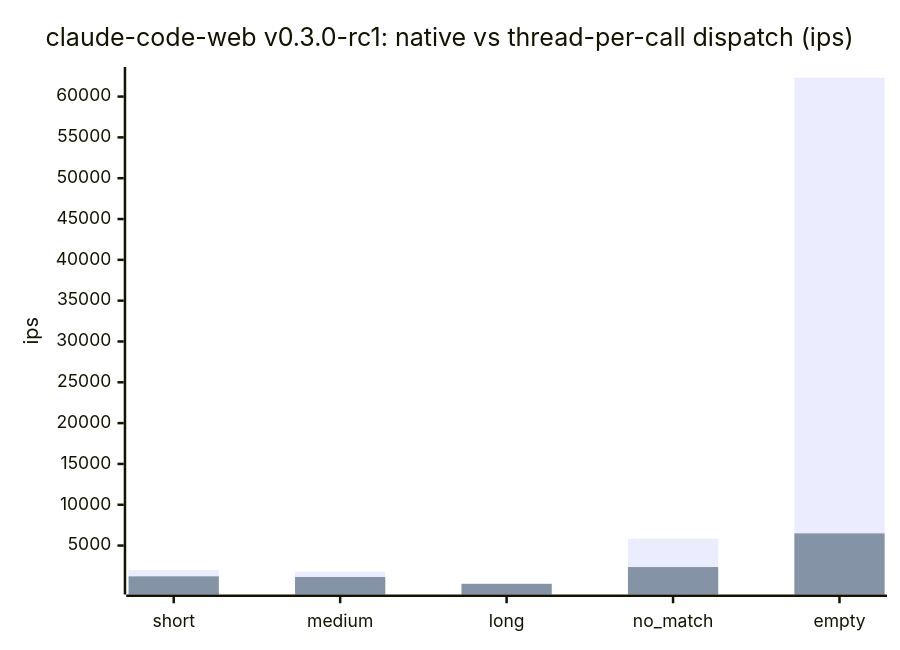
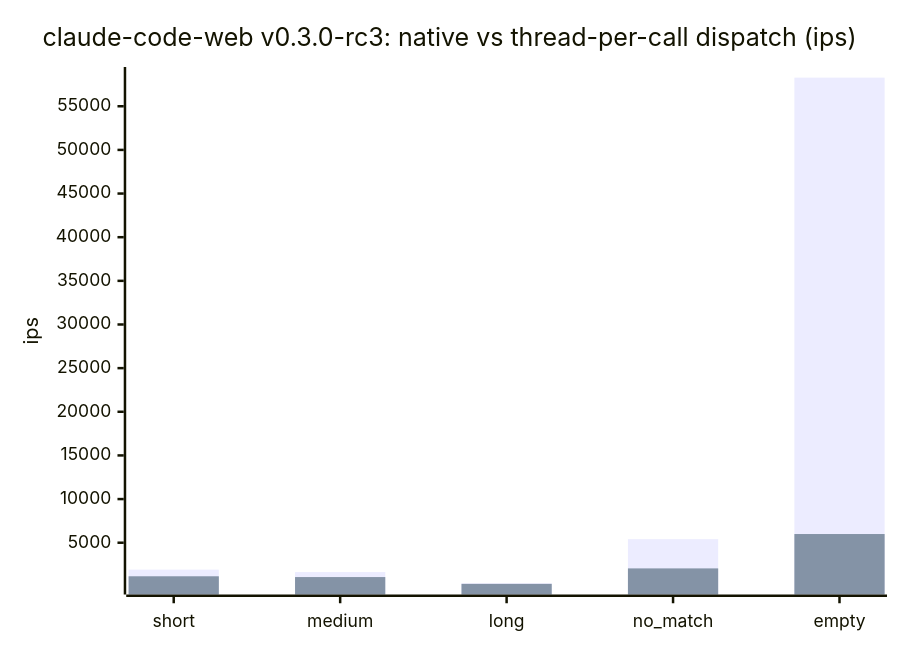
One commit to cpb/duckling changed the second of 7 diagrams in docs/benchmarks/README.md. Above: the diagram before and after it, drawn with Mermaid. The commit also changed other lines of this file and 20 other files, not shown here.

````diff
--- a/docs/benchmarks/README.md
+++ b/docs/benchmarks/README.md
@@ -91,8 +91,8 @@
 ```mermaid
 xychart-beta
-    title "claude-code-web v0.3.0-rc1: native vs thread-per-call dispatch (ips)"
+    title "claude-code-web v0.3.0-rc3: native vs thread-per-call dispatch (ips)"
     x-axis [short, medium, long, no_match, empty]
     y-axis "ips"
-    bar "native" [1997.4, 1791.1, 360.1, 5835.9, 62320.0]
-    bar "thread-per-call" [1228.1, 1152.8, 308.1, 2368.1, 6493.4]
+    bar "native" [1914.3, 1636.1, 351.7, 5407.4, 58280.3]
+    bar "thread-per-call" [1154.4, 1064.6, 284.8, 2058.0, 5994.3]
 ```
````
